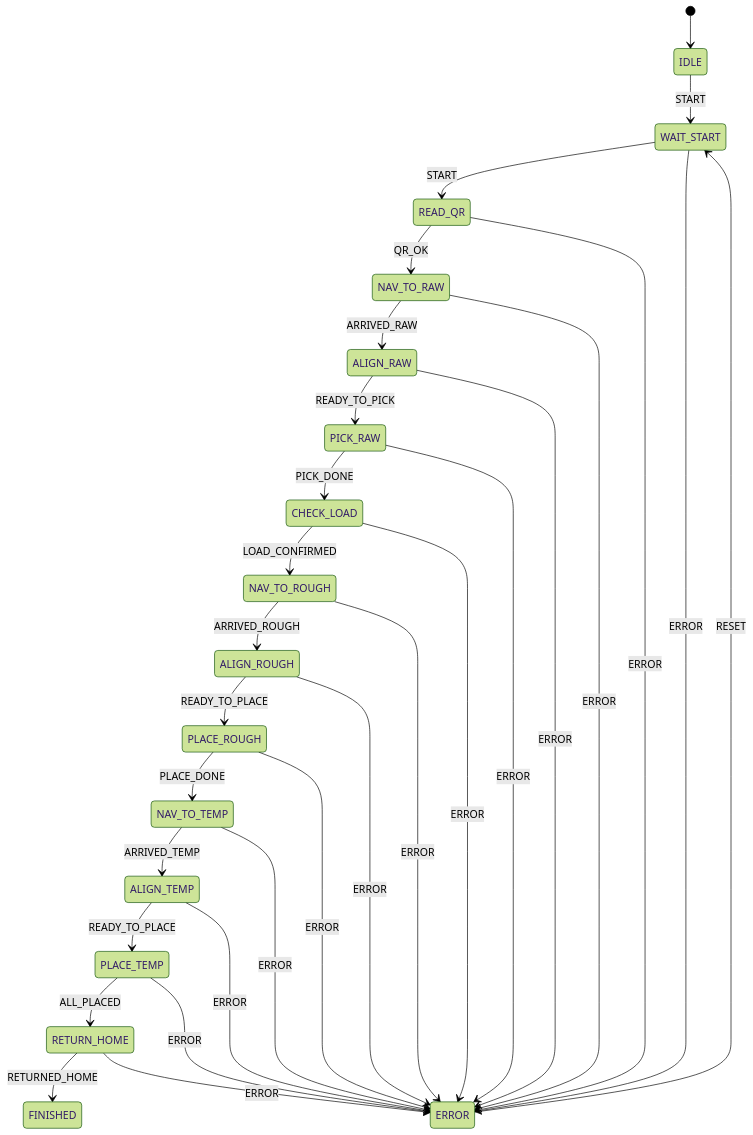
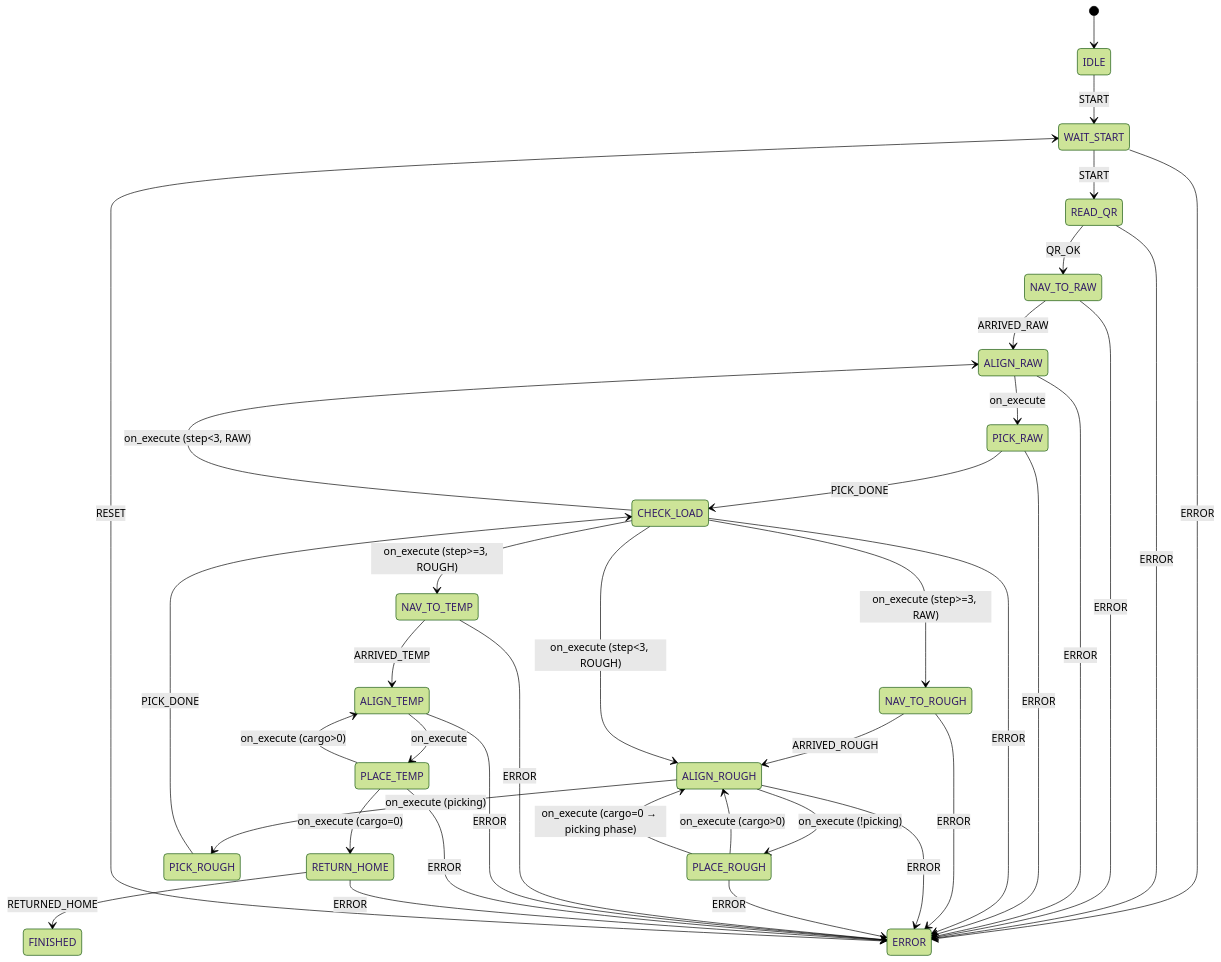
The diagram in docs/architecture/state_machine.md (ju1c3rSH/Zulu-Walker), drawn with Mermaid (forest theme) before and after one commit. The commit also changed other lines of this file and 4 other files, not shown here.

Commit message:
feat(sm): P1 parameterization - 3-loop batch, PICK_ROUGH, hybrid event model, PLACE_TEMP deadlock fix

````diff
--- a/docs/architecture/state_machine.md
+++ b/docs/architecture/state_machine.md
@@ -151,38 +152,47 @@
 ```mermaid
 stateDiagram-v2
     [*] --> IDLE
     IDLE --> WAIT_START: START
     WAIT_START --> READ_QR: START
     READ_QR --> NAV_TO_RAW: QR_OK
     
     NAV_TO_RAW --> ALIGN_RAW: ARRIVED_RAW
-    ALIGN_RAW --> PICK_RAW: READY_TO_PICK
+    ALIGN_RAW --> PICK_RAW: on_execute
     PICK_RAW --> CHECK_LOAD: PICK_DONE
     
-    CHECK_LOAD --> NAV_TO_ROUGH: LOAD_CONFIRMED
+    CHECK_LOAD --> ALIGN_RAW: on_execute (step<3, RAW)
+    CHECK_LOAD --> NAV_TO_ROUGH: on_execute (step>=3, RAW)
+    
     NAV_TO_ROUGH --> ALIGN_ROUGH: ARRIVED_ROUGH
-    ALIGN_ROUGH --> PLACE_ROUGH: READY_TO_PLACE
-    PLACE_ROUGH --> NAV_TO_TEMP: PLACE_DONE
+    ALIGN_ROUGH --> PLACE_ROUGH: on_execute (!picking)
+    ALIGN_ROUGH --> PICK_ROUGH: on_execute (picking)
+    PLACE_ROUGH --> ALIGN_ROUGH: on_execute (cargo>0)
+    PLACE_ROUGH --> ALIGN_ROUGH: on_execute (cargo=0 → picking phase)
+    
+    PICK_ROUGH --> CHECK_LOAD: PICK_DONE
+    CHECK_LOAD --> ALIGN_ROUGH: on_execute (step<3, ROUGH)
+    CHECK_LOAD --> NAV_TO_TEMP: on_execute (step>=3, ROUGH)
     
     NAV_TO_TEMP --> ALIGN_TEMP: ARRIVED_TEMP
-    ALIGN_TEMP --> PLACE_TEMP: READY_TO_PLACE
-    PLACE_TEMP --> RETURN_HOME: ALL_PLACED
+    ALIGN_TEMP --> PLACE_TEMP: on_execute
+    PLACE_TEMP --> ALIGN_TEMP: on_execute (cargo>0)
+    PLACE_TEMP --> RETURN_HOME: on_execute (cargo=0)
     
     RETURN_HOME --> FINISHED: RETURNED_HOME
     
     ERROR --> WAIT_START: RESET
     
     WAIT_START --> ERROR: ERROR
     READ_QR --> ERROR: ERROR
     NAV_TO_RAW --> ERROR: ERROR
     ALIGN_RAW --> ERROR: ERROR
     PICK_RAW --> ERROR: ERROR
     CHECK_LOAD --> ERROR: ERROR
     NAV_TO_ROUGH --> ERROR: ERROR
     ALIGN_ROUGH --> ERROR: ERROR
     PLACE_ROUGH --> ERROR: ERROR
     NAV_TO_TEMP --> ERROR: ERROR
     ALIGN_TEMP --> ERROR: ERROR
     PLACE_TEMP --> ERROR: ERROR
     RETURN_HOME --> ERROR: ERROR
 ```
````
